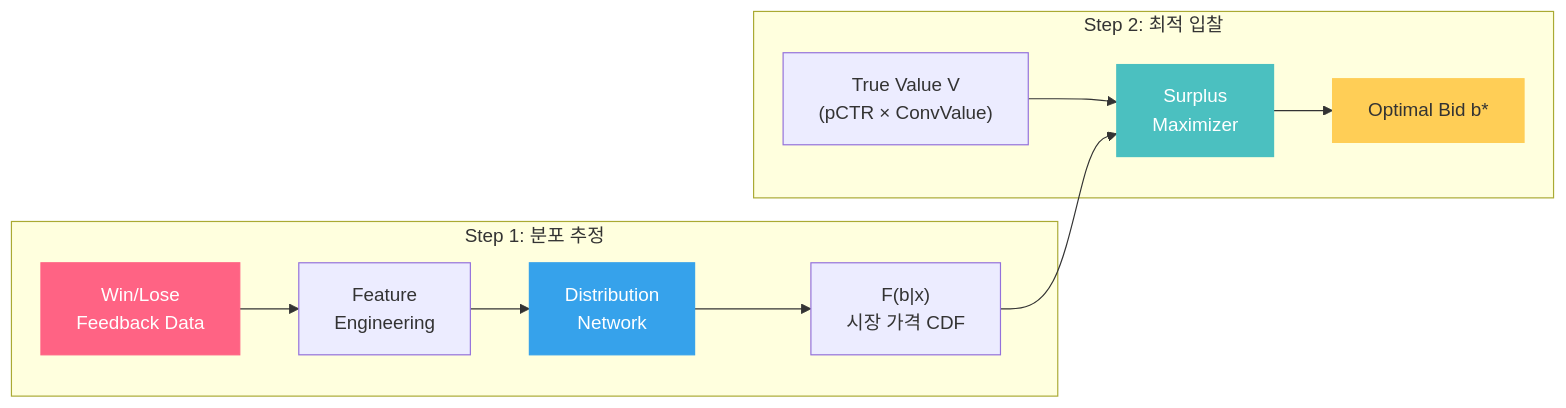
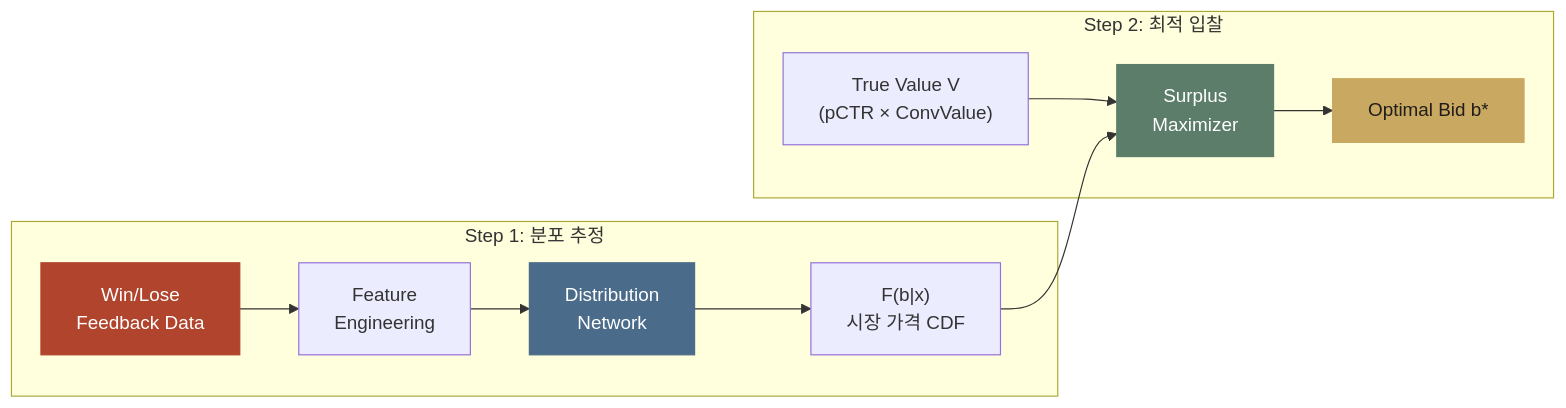
One commit to chkimsu/adtech-blog changed the first of 2 diagrams in posts/bid-shading-censored.md. Above: the diagram before and after it, drawn with Mermaid. The commit also changed other lines of this file and 40 other files, not shown here.

````diff
--- a/posts/bid-shading-censored.md
+++ b/posts/bid-shading-censored.md
@@ -146,19 +146,19 @@
 ```mermaid
 graph LR
     subgraph Step1["Step 1: 분포 추정"]
         DATA["Win/Lose<br/>Feedback Data"] --> FEAT["Feature<br/>Engineering"]
         FEAT --> MODEL["Distribution<br/>Network"]
         MODEL --> DIST["F(b|x)<br/>시장 가격 CDF"]
     end
 
     subgraph Step2["Step 2: 최적 입찰"]
         TV["True Value V<br/>(pCTR × ConvValue)"] --> OPT["Surplus<br/>Maximizer"]
         DIST --> OPT
         OPT --> BID["Optimal Bid b*"]
     end
 
-    style DATA fill:#ff6384,stroke:#ff6384,color:#fff
-    style MODEL fill:#36a2eb,stroke:#36a2eb,color:#fff
-    style OPT fill:#4bc0c0,stroke:#4bc0c0,color:#fff
-    style BID fill:#ffce56,stroke:#ffce56,color:#333
+    style DATA fill:#b0442c,stroke:#b0442c,color:#fff
+    style MODEL fill:#4a6b8a,stroke:#4a6b8a,color:#fff
+    style OPT fill:#5b7d6a,stroke:#5b7d6a,color:#fff
+    style BID fill:#c9a961,stroke:#c9a961,color:#201d1a
 ```
````
